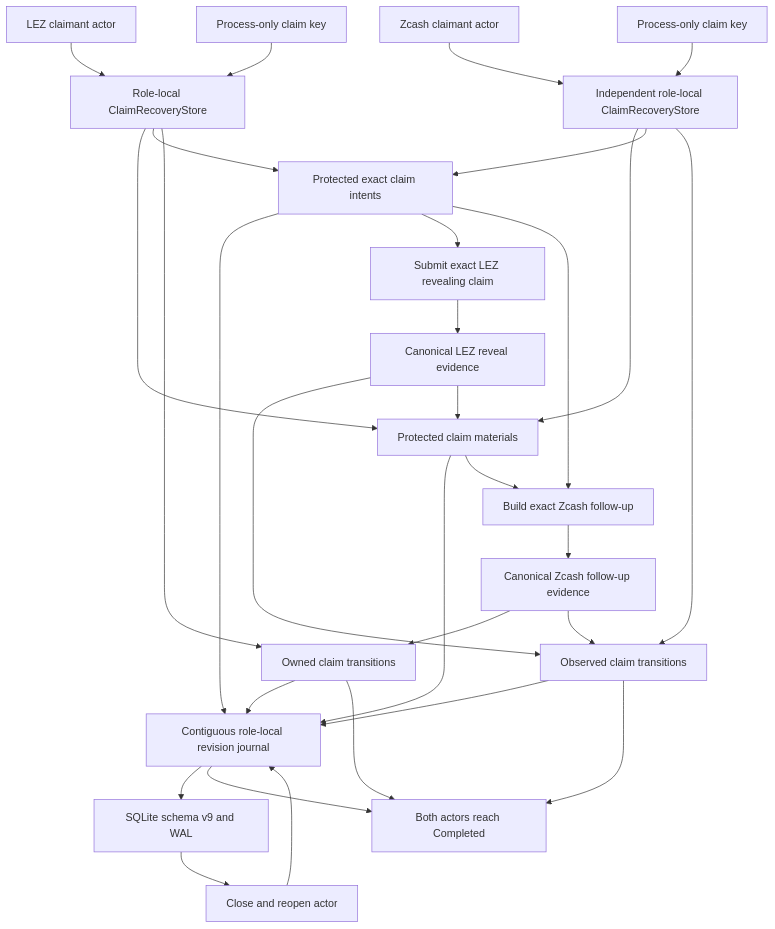
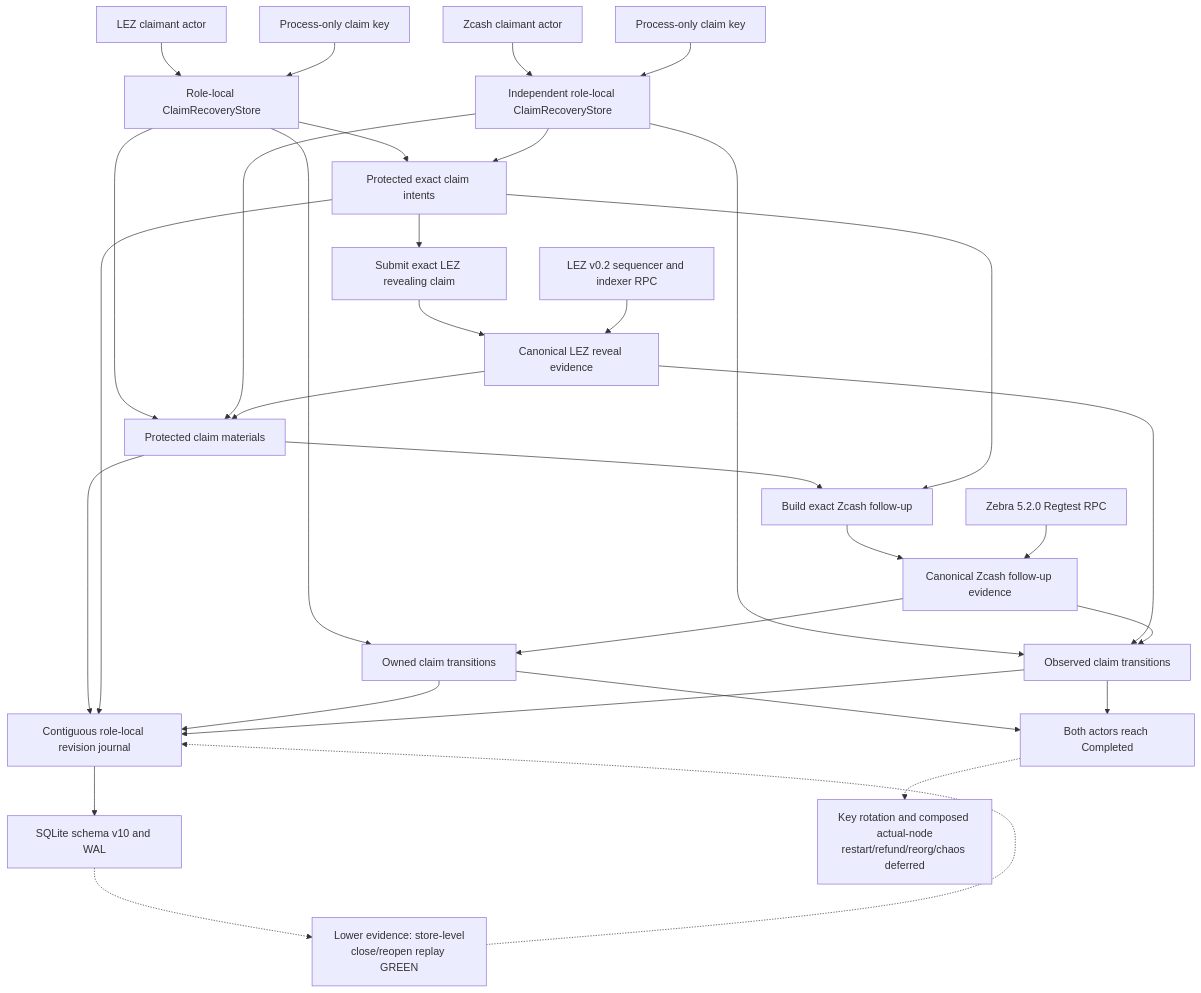
One commit to gateway-fm/lez-atomic-swaps changed the diagram in docs/architecture/0021-protected-claim-recovery.md. Above: the diagram before and after it, drawn with Mermaid. The commit also changed other lines of this file and 12 other files, not shown here.

Commit message:
docs: reconcile M2 architecture with canonical evidence

````diff
--- a/docs/architecture/0021-protected-claim-recovery.md
+++ b/docs/architecture/0021-protected-claim-recovery.md
@@ -7,35 +5,37 @@
 ```mermaid
 flowchart TB
     LezOwner["LEZ claimant actor"] --> OwnerStore["Role-local ClaimRecoveryStore"]
     ZecOwner["Zcash claimant actor"] --> ObserverStore["Independent role-local ClaimRecoveryStore"]
     OwnerKey["Process-only claim key"] --> OwnerStore
     ObserverKey["Process-only claim key"] --> ObserverStore
 
     OwnerStore --> Materials["Protected claim materials"]
     OwnerStore --> Intents["Protected exact claim intents"]
     ObserverStore --> Materials
     ObserverStore --> Intents
     OwnerStore --> Owned["Owned claim transitions"]
     ObserverStore --> Observed["Observed claim transitions"]
 
     Materials --> Journal["Contiguous role-local revision journal"]
     Intents --> Journal
     Owned --> Journal
     Observed --> Journal
-    Journal --> Database["SQLite schema v9 and WAL"]
+    Journal --> Database["SQLite schema v10 and WAL"]
 
     Intents --> LezReveal["Submit exact LEZ revealing claim"]
     LezReveal --> CanonicalLez["Canonical LEZ reveal evidence"]
     CanonicalLez --> Observed
     CanonicalLez --> Materials
     Materials --> ZecFollowup["Build exact Zcash follow-up"]
     Intents --> ZecFollowup
     ZecFollowup --> CanonicalZec["Canonical Zcash follow-up evidence"]
     CanonicalZec --> Owned
     CanonicalZec --> Observed
     Owned --> Complete["Both actors reach Completed"]
     Observed --> Complete
-    Database --> Restart["Close and reopen actor"]
-    Restart --> Journal
-    Journal --> Complete
+    Database -.-> StoreReplay["Lower evidence: store-level<br/>close/reopen replay GREEN"]
+    StoreReplay -.-> Journal
+    LezNode["LEZ v0.2 sequencer and indexer RPC"] --> CanonicalLez
+    Zebra["Zebra 5.2.0 Regtest RPC"] --> CanonicalZec
+    Complete -.-> Deferred["Key rotation and composed actual-node<br/>restart/refund/reorg/chaos deferred"]
 ```
````
